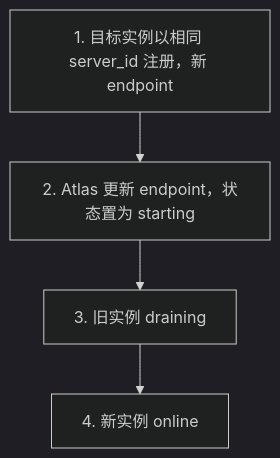
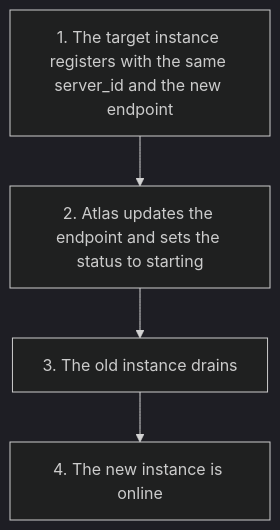
The fourth of 6 diagrams in docs/migration.md (cuihairu/atlas), drawn with Mermaid (dark theme) before and after one commit. The commit also changed other lines of this file and 80 other files, not shown here.

````diff
--- a/docs/migration.md
+++ b/docs/migration.md
@@ -112,8 +135,8 @@
 ```mermaid
 flowchart TB
-    M1["1. 目标实例以相同 server_id 注册，新 endpoint"]
-    M2["2. Atlas 更新 endpoint，状态置为 starting"]
-    M3["3. 旧实例 draining"]
-    M4["4. 新实例 online"]
+    M1["1. The target instance registers with the same server_id and the new endpoint"]
+    M2["2. Atlas updates the endpoint and sets the status to starting"]
+    M3["3. The old instance drains"]
+    M4["4. The new instance is online"]
     M1 --> M2 --> M3 --> M4
 ```
````
